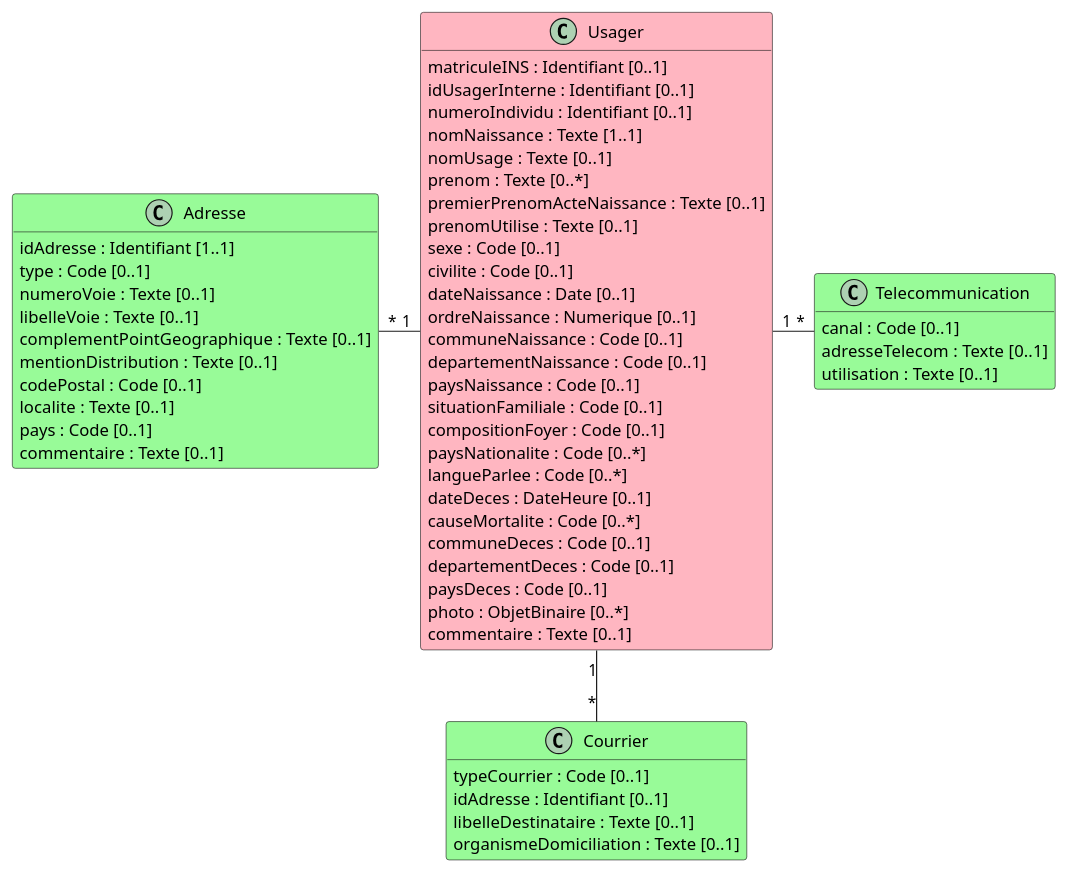
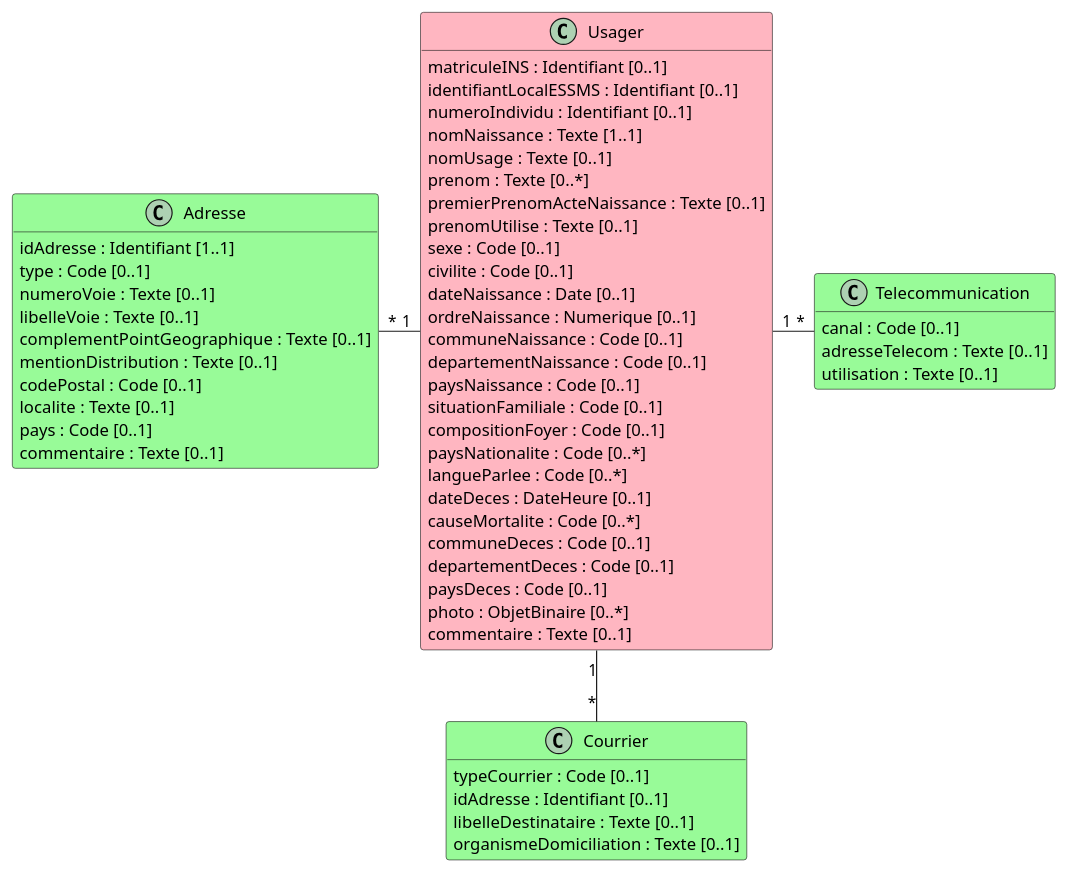
Before and after one commit to ansforge/IG-fhir-transfert-donnees-dui-esms: the diagram in input/images-source/bloc_identification_coordonnees.plantuml, drawn with PlantUML. The commit also changed 1 other file, not shown here.

Commit message:
modif nom idUsagerInterne

```diff
--- a/input/images-source/bloc_identification_coordonnees.plantuml
+++ b/input/images-source/bloc_identification_coordonnees.plantuml
@@ -1,64 +1,64 @@
 @startuml
 
 hide empty methods
 
 class Usager #LightPink {
     matriculeINS : Identifiant [0..1]
-    idUsagerInterne : Identifiant [0..1]
+    identifiantLocalESSMS : Identifiant [0..1]
     numeroIndividu : Identifiant [0..1]
     nomNaissance : Texte [1..1]
     nomUsage : Texte [0..1]
     prenom : Texte [0..*]
     premierPrenomActeNaissance : Texte [0..1]
     prenomUtilise : Texte [0..1]
     sexe : Code [0..1]
     civilite : Code [0..1]
     dateNaissance : Date [0..1]
     ordreNaissance : Numerique [0..1]
     communeNaissance : Code [0..1]
     departementNaissance : Code [0..1]
     paysNaissance : Code [0..1]
     situationFamiliale : Code [0..1]
     compositionFoyer : Code [0..1]
     paysNationalite : Code [0..*]
     langueParlee : Code [0..*]
     dateDeces : DateHeure [0..1]
     causeMortalite : Code [0..*]
     communeDeces : Code [0..1]
     departementDeces : Code [0..1]
     paysDeces : Code [0..1]
     photo : ObjetBinaire [0..*]
     commentaire : Texte [0..1]
 }
 
 class Adresse #PaleGreen {
     idAdresse : Identifiant [1..1]
     type : Code [0..1]
     numeroVoie : Texte [0..1]
     libelleVoie : Texte [0..1]
     complementPointGeographique : Texte [0..1]
     mentionDistribution : Texte [0..1]
     codePostal : Code [0..1]
     localite : Texte [0..1]
     pays : Code [0..1]
     commentaire : Texte [0..1]
 }
 
 class Telecommunication #PaleGreen {
     canal : Code [0..1]
     adresseTelecom : Texte [0..1]
     utilisation : Texte [0..1]
 }
 
 class Courrier #PaleGreen {
     typeCourrier : Code [0..1]
     idAdresse : Identifiant [0..1]
     libelleDestinataire : Texte [0..1]
     organismeDomiciliation : Texte [0..1]
 }
 
 Adresse "*" - "1" Usager
 Usager "1" - "*" Telecommunication
 Usager "1" -- "*" Courrier
 
 @enduml
```
